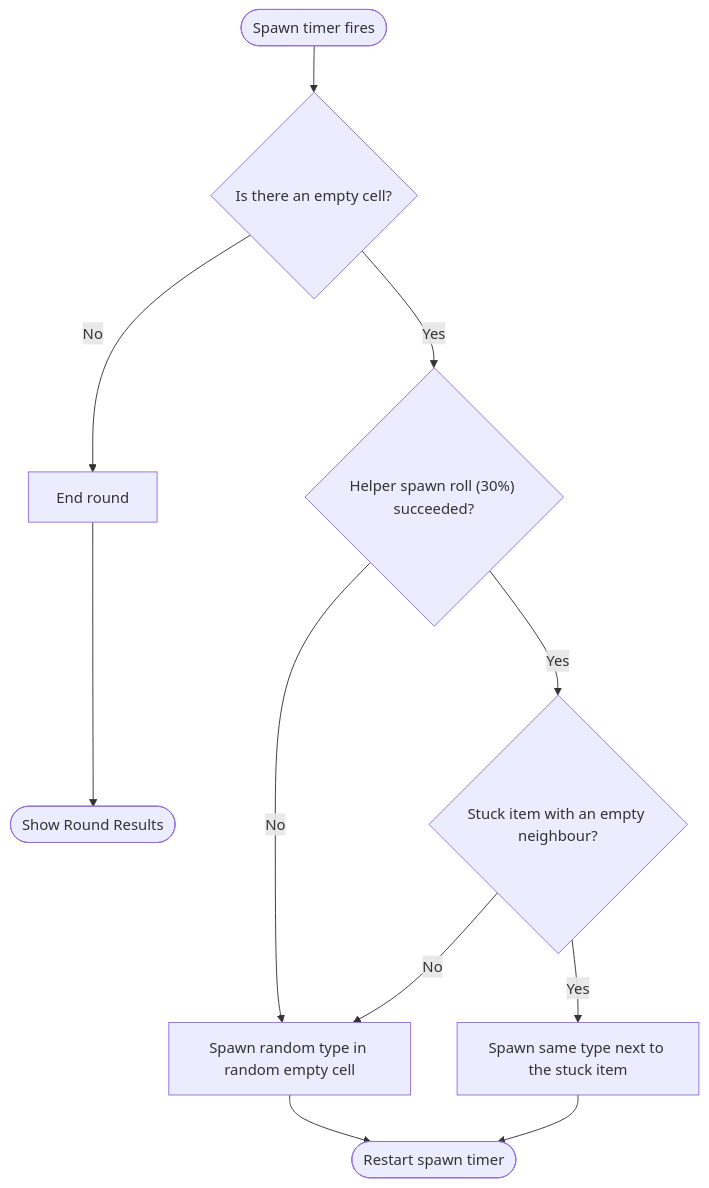
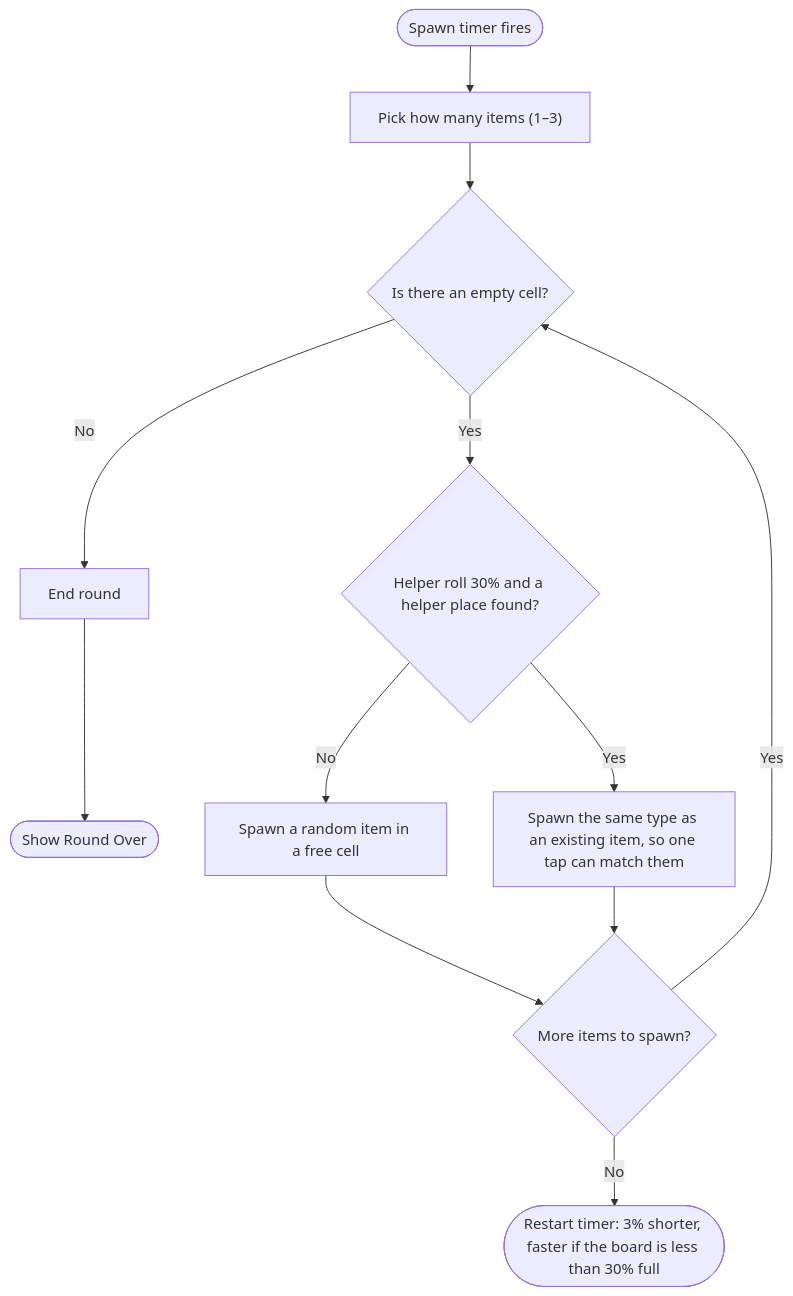
Before and after one commit to meetzhukova/room-up: the third of 3 diagrams in docs/flowcharts.md, drawn with Mermaid. The commit also changed other lines of this file and 7 other files, not shown here.

Commit message:
docs: update GDD and diagrams for v0.2 (#47)

````diff
--- a/docs/flowcharts.md
+++ b/docs/flowcharts.md
@@ -104,15 +97,14 @@
 ```mermaid
 flowchart TD
-    Timer([Spawn timer fires]) --> Full{"Is there an empty cell?"}
-    Full -- "No" --> EndRound[End round]
-    EndRound --> Results([Show Round Results])
-
-    Full -- "Yes" --> Helper{"Helper spawn roll (30%) succeeded?"}
-    Helper -- "No" --> Random[Spawn random type in random empty cell]
-    Helper -- "Yes" --> Stuck{"Stuck item with an empty neighbour?"}
-    Stuck -- "No" --> Random
-    Stuck -- "Yes" --> Near[Spawn same type next to the stuck item]
-
-    Random --> Restart([Restart spawn timer])
-    Near --> Restart
+    Timer([Spawn timer fires]) --> Count["Pick how many items (1–3)"]
+    Count --> Empty{"Is there an empty cell?"}
+    Empty -- "No" --> EndRound[End round]
+    EndRound --> Results([Show Round Over])
+    Empty -- "Yes" --> Helper{"Helper roll 30% and a helper place found?"}
+    Helper -- "No" --> Random[Spawn a random item in a free cell]
+    Helper -- "Yes" --> Partner[Spawn the same type as an existing item, so one tap can match them]
+    Random --> More{"More items to spawn?"}
+    Partner --> More
+    More -- "Yes" --> Empty
+    More -- "No" --> Restart(["Restart timer: 3% shorter, faster if the board is less than 30% full"])
 ```
````
